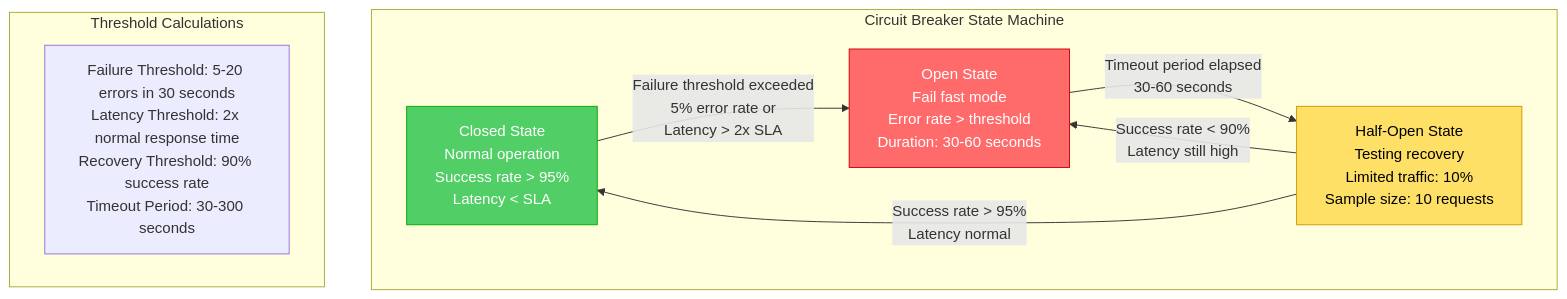
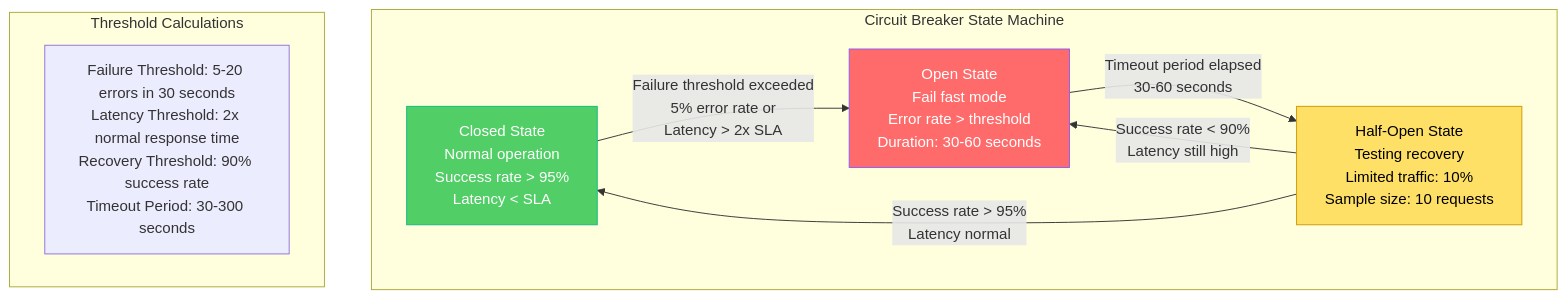
One commit to deepaucksharma/DS changed the second of 2 diagrams in site/docs/capacity/api-gateway-capacity.md. Above: the diagram before and after it, drawn with Mermaid. The commit also changed other lines of this file and 303 other files, not shown here.

````diff
--- a/site/docs/capacity/api-gateway-capacity.md
+++ b/site/docs/capacity/api-gateway-capacity.md
@@ -126,29 +126,29 @@
 ```mermaid
 graph TB
     subgraph "Circuit Breaker State Machine"
         CLOSED[Closed State<br/>Normal operation<br/>Success rate > 95%<br/>Latency < SLA]
 
         OPEN[Open State<br/>Fail fast mode<br/>Error rate > threshold<br/>Duration: 30-60 seconds]
 
         HALF_OPEN[Half-Open State<br/>Testing recovery<br/>Limited traffic: 10%<br/>Sample size: 10 requests]
     end
 
     CLOSED -->|Failure threshold exceeded<br/>5% error rate or<br/>Latency > 2x SLA| OPEN
     OPEN -->|Timeout period elapsed<br/>30-60 seconds| HALF_OPEN
     HALF_OPEN -->|Success rate < 90%<br/>Latency still high| OPEN
     HALF_OPEN -->|Success rate > 95%<br/>Latency normal| CLOSED
 
     %% Threshold calculations
     subgraph "Threshold Calculations"
         THRESHOLDS[Failure Threshold: 5-20 errors in 30 seconds<br/>Latency Threshold: 2x normal response time<br/>Recovery Threshold: 90% success rate<br/>Timeout Period: 30-300 seconds]
     end
 
     %% Apply colors
-    classDef closedStyle fill:#51CF66,stroke:#00AA00,color:#fff
-    classDef openStyle fill:#FF6B6B,stroke:#CC0000,color:#fff
+    classDef closedStyle fill:#51CF66,stroke:#10B981,color:#fff
+    classDef openStyle fill:#FF6B6B,stroke:#8B5CF6,color:#fff
     classDef halfOpenStyle fill:#FFE066,stroke:#CC9900,color:#000
 
     class CLOSED closedStyle
     class OPEN openStyle
     class HALF_OPEN halfOpenStyle
 ```
````
